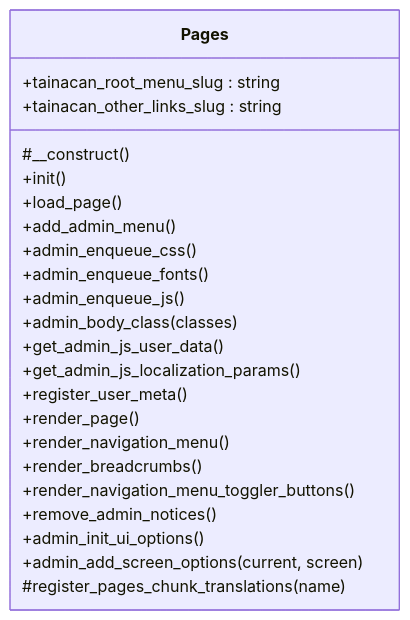
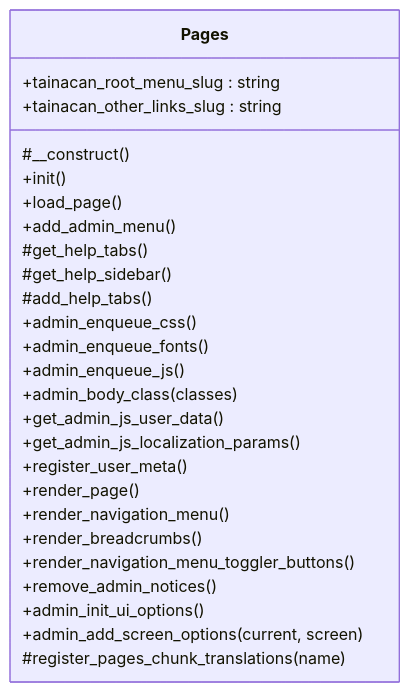
One commit to tainacan/tainacan changed the diagram in docs/phpdoc/classes/Tainacan/Pages.mmd. Above: the diagram before and after it, drawn with Mermaid. The commit also changed 14 other files, not shown here.

```diff
--- a/docs/phpdoc/classes/Tainacan/Pages.mmd
+++ b/docs/phpdoc/classes/Tainacan/Pages.mmd
@@ -1,25 +1,28 @@
 classDiagram
     direction TB
     class Pages {
         +tainacan_root_menu_slug : string
         +tainacan_other_links_slug : string
         #__construct()
         +init()
         +load_page()
         +add_admin_menu()
+        #get_help_tabs()
+        #get_help_sidebar()
+        #add_help_tabs()
         +admin_enqueue_css()
         +admin_enqueue_fonts()
         +admin_enqueue_js()
         +admin_body_class(classes)
         +get_admin_js_user_data()
         +get_admin_js_localization_params()
         +register_user_meta()
         +render_page()
         +render_navigation_menu()
         +render_breadcrumbs()
         +render_navigation_menu_toggler_buttons()
         +remove_admin_notices()
         +admin_init_ui_options()
         +admin_add_screen_options(current, screen)
         #register_pages_chunk_translations(name)
     }
```
